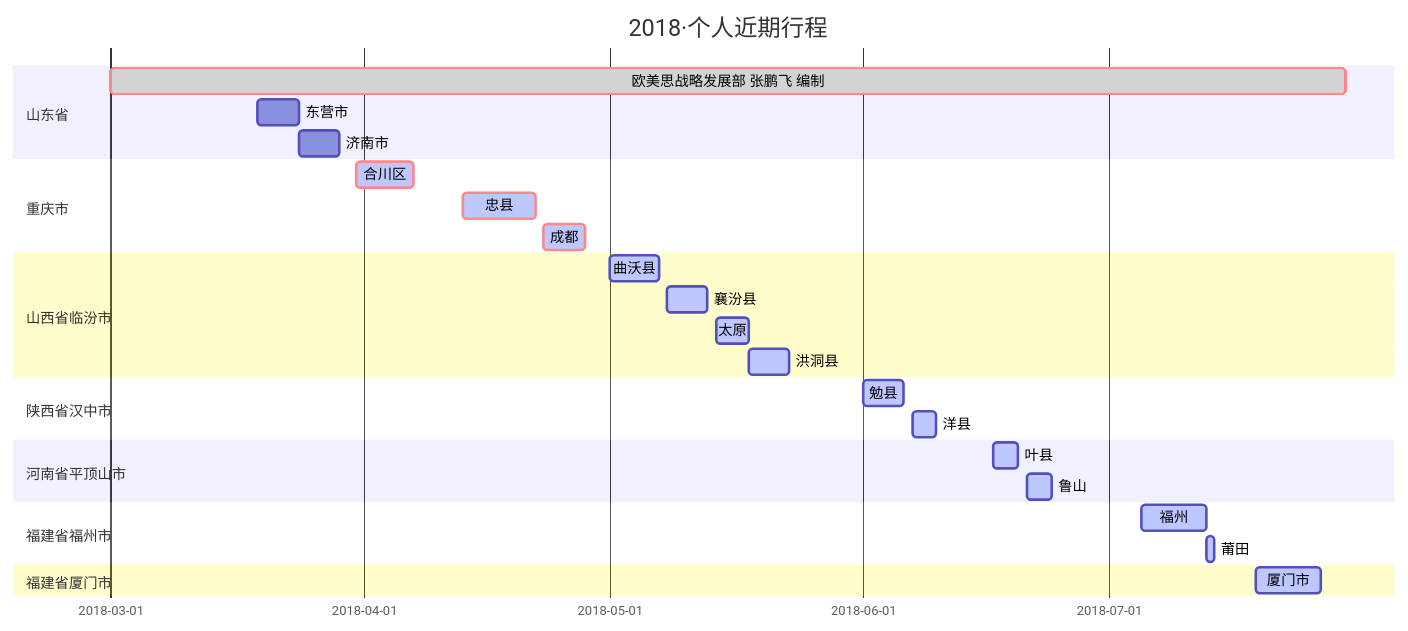
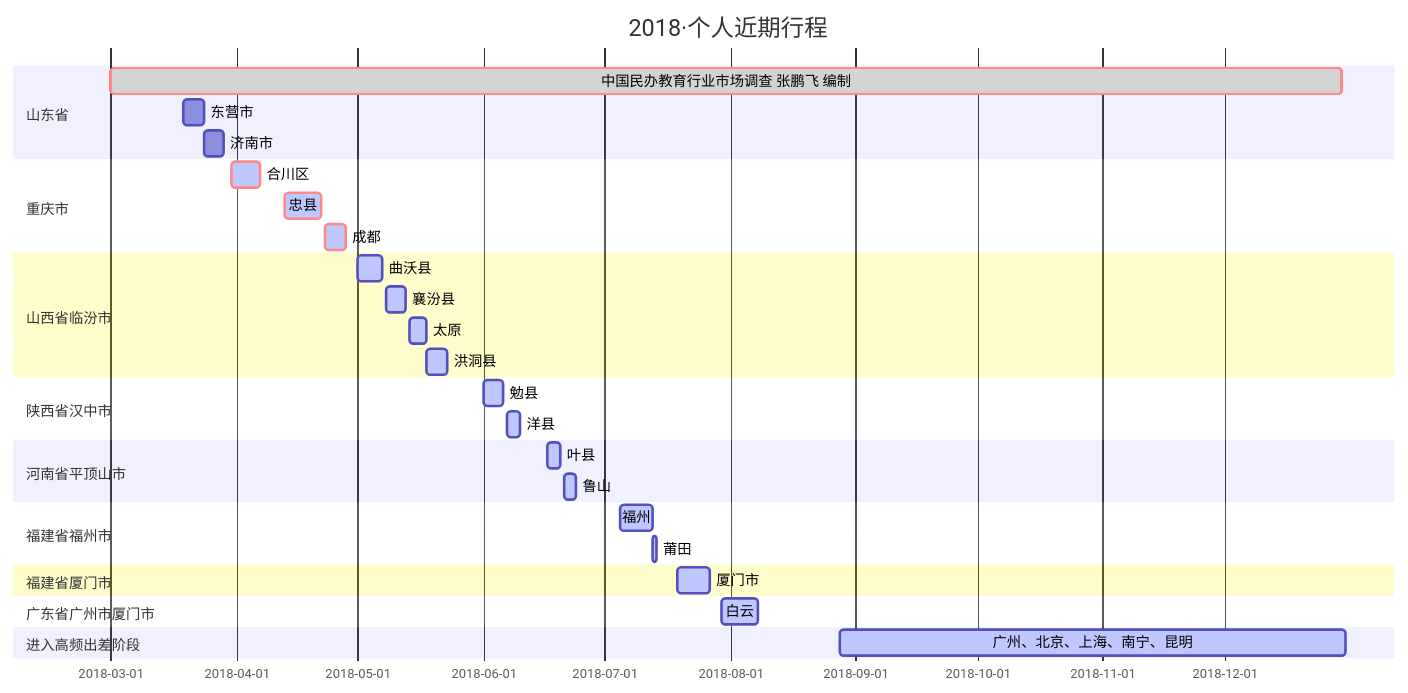
One commit to pengfei-zhang/k12ivy changed the diagram in content/schedule.md. Above: the diagram before and after it, drawn with Mermaid. The commit also changed other lines of this file and 3 other files, not shown here.

````diff
--- a/content/schedule.md
+++ b/content/schedule.md
@@ -10,29 +9,33 @@
 ```mermaid
 gantt
     dateFormat  YYYY-MM-DD
     title 2018·个人近期行程
     section 山东省
-    欧美思战略发展部 张鹏飞 编制               :crit,done,   s1, 2018-03-01    ,2018-07-30
+    中国民办教育行业市场调查 张鹏飞 编制               :crit,done,   s1, 2018-03-01    ,2018-12-30
     东营市                   :         2018-03-19,  2018-03-24
     济南市                   :         2018-03-24,  2018-03-29
     section 重庆市
     合川区                   :crit , done,  active,  des2, 2018-03-31, 2018-04-07
     忠县                   :crit , done,  active,  des3, 2018-04-13, 2018-04-22
     成都                   :crit , done,  active,  des4, 2018-04-23, 2018-04-28
     section 山西省临汾市
     曲沃县                   :active,  des5, 2018-05-01,  2018-05-07
     襄汾县                   :active,  des6, 2018-05-08,  2018-05-13
     太原			          :active,  des7, 2018-05-14  ,  2018-05-18
     洪洞县                   :active,  des8, after des7, 5d
     section 陕西省汉中市
     勉县                     :active,  des10, 2018-06-01,  2018-06-06
     洋县					 :active,  des11, 2018-06-07,  2018-06-10
     section 河南省平顶山市
     叶县                     :active,   2018-06-17,  2018-06-20
     鲁山                     :active,   2018-06-21,  2018-06-24
     section 福建省福州市
     福州                     :active,   2018-07-05,  2018-07-13
     莆田                     :active,   2018-07-13,  2018-07-14
     section 福建省厦门市
     厦门市                     :active,   2018-07-19,  2018-07-27
+    section 广东省广州市厦门市
+    白云                     :active,   2018-07-30,  2018-08-08
+    section 进入高频出差阶段
+    广州、北京、上海、南宁、昆明                     :active,   2018-08-28,  2018-12-31
 ```
````
